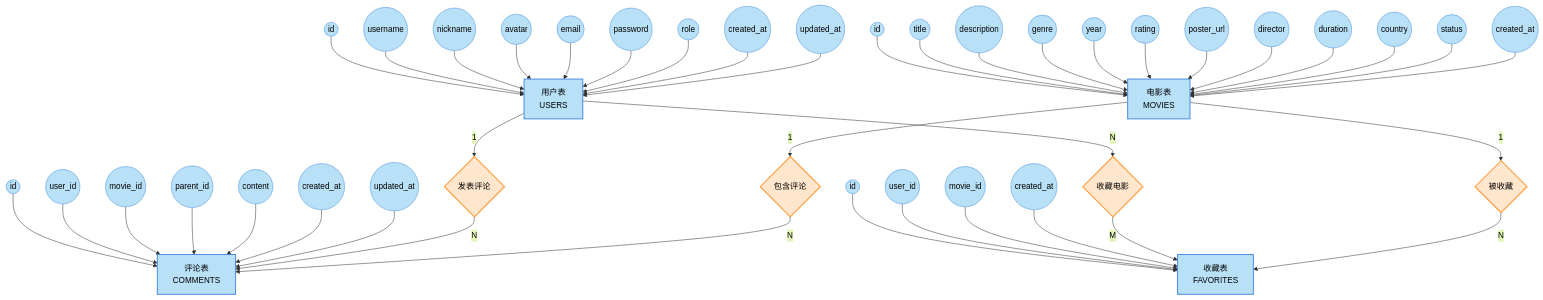
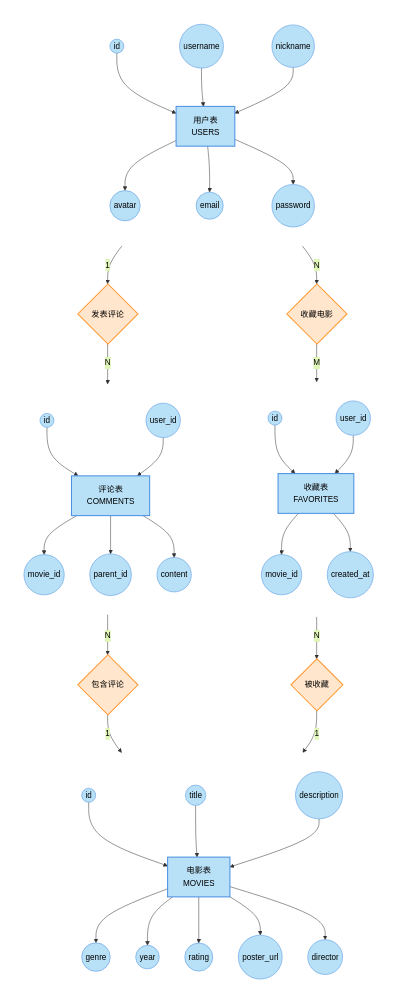
Before and after one commit to keyoshoin/movie-website: the fifth of 18 diagrams in docs/架构设计.md, drawn with Mermaid.

Commit message:
调整ER图布局：改为垂直方向显示，增加高度

````diff
--- a/docs/架构设计.md
+++ b/docs/架构设计.md
@@ -177,102 +177,92 @@
 ```mermaid
 %%{init: {'theme': 'base', 'themeVariables': { 'background': '#ffffff', 'primaryColor': '#B8E0F6', 'primaryTextColor': '#000000', 'primaryBorderColor': '#4A90E2', 'lineColor': '#333333', 'tertiaryColor': '#ffffff'}}}%%
-graph TB
-    %% 用户实体及属性
-    UserId((id))
-    UserName((username))
-    UserNickname((nickname))
-    UserAvatar((avatar))
-    UserEmail((email))
-    UserPassword((password))
-    UserRole((role))
-    UserCreated((created_at))
-    UserUpdated((updated_at))
+graph TD
+    %% 第一行：用户实体
+    subgraph UsersSection[" "]
+        direction TB
+        UserId((id))
+        UserName((username))
+        UserNickname((nickname))
+        Users[用户表<br/>USERS]
+        UserAvatar((avatar))
+        UserEmail((email))
+        UserPassword((password))
+        
+        UserId --> Users
+        UserName --> Users
+        UserNickname --> Users
+        Users --> UserAvatar
+        Users --> UserEmail
+        Users --> UserPassword
+    end
     
-    Users[用户表<br/>USERS]
+    %% 第二行：用户关系
+    Users -->|1| PublishRel{发表评论}
+    Users -->|N| FavoriteRel{收藏电影}
     
-    UserId --> Users
-    UserName --> Users
-    UserNickname --> Users
-    UserAvatar --> Users
-    UserEmail --> Users
-    UserPassword --> Users
-    UserRole --> Users
-    UserCreated --> Users
-    UserUpdated --> Users
+    %% 第三行：评论和收藏实体
+    subgraph CommentsSection[" "]
+        direction TB
+        CommentId((id))
+        CommentUserId((user_id))
+        Comments[评论表<br/>COMMENTS]
+        CommentMovieId((movie_id))
+        CommentParentId((parent_id))
+        CommentContent((content))
+        
+        CommentId --> Comments
+        CommentUserId --> Comments
+        Comments --> CommentMovieId
+        Comments --> CommentParentId
+        Comments --> CommentContent
+    end
     
-    %% 电影实体及属性
-    MovieId((id))
-    MovieTitle((title))
-    MovieDesc((description))
-    MovieGenre((genre))
-    MovieYear((year))
-    MovieRating((rating))
-    MoviePoster((poster_url))
-    MovieDirector((director))
-    MovieDuration((duration))
-    MovieCountry((country))
-    MovieStatus((status))
-    MovieCreated((created_at))
+    subgraph FavoritesSection[" "]
+        direction TB
+        FavId((id))
+        FavUserId((user_id))
+        Favorites[收藏表<br/>FAVORITES]
+        FavMovieId((movie_id))
+        FavCreated((created_at))
+        
+        FavId --> Favorites
+        FavUserId --> Favorites
+        Favorites --> FavMovieId
+        Favorites --> FavCreated
+    end
     
-    Movies[电影表<br/>MOVIES]
-    
-    MovieId --> Movies
-    MovieTitle --> Movies
-    MovieDesc --> Movies
-    MovieGenre --> Movies
-    MovieYear --> Movies
-    MovieRating --> Movies
-    MoviePoster --> Movies
-    MovieDirector --> Movies
-    MovieDuration --> Movies
-    MovieCountry --> Movies
-    MovieStatus --> Movies
-    MovieCreated --> Movies
-    
-    %% 评论实体及属性
-    CommentId((id))
-    CommentUserId((user_id))
-    CommentMovieId((movie_id))
-    CommentParentId((parent_id))
-    CommentContent((content))
-    CommentCreated((created_at))
-    CommentUpdated((updated_at))
-    
-    Comments[评论表<br/>COMMENTS]
-    
-    CommentId --> Comments
-    CommentUserId --> Comments
-    CommentMovieId --> Comments
-    CommentParentId --> Comments
-    CommentContent --> Comments
-    CommentCreated --> Comments
-    CommentUpdated --> Comments
-    
-    %% 收藏实体及属性
-    FavId((id))
-    FavUserId((user_id))
-    FavMovieId((movie_id))
-    FavCreated((created_at))
-    
-    Favorites[收藏表<br/>FAVORITES]
-    
-    FavId --> Favorites
-    FavUserId --> Favorites
-    FavMovieId --> Favorites
-    FavCreated --> Favorites
-    
-    %% 关系
-    Users -->|1| PublishRel{发表评论}
     PublishRel -->|N| Comments
-    
-    Movies -->|1| HasCommentRel{包含评论}
-    HasCommentRel -->|N| Comments
-    
-    Users -->|N| FavoriteRel{收藏电影}
     FavoriteRel -->|M| Favorites
     
-    Movies -->|1| IsFavoritedRel{被收藏}
-    IsFavoritedRel -->|N| Favorites
+    %% 第四行：电影关系
+    Comments -->|N| HasCommentRel{包含评论}
+    Favorites -->|N| IsFavoritedRel{被收藏}
+    
+    HasCommentRel -->|1| Movies
+    IsFavoritedRel -->|1| Movies
+    
+    %% 第五行：电影实体
+    subgraph MoviesSection[" "]
+        direction TB
+        MovieId((id))
+        MovieTitle((title))
+        MovieDesc((description))
+        Movies[电影表<br/>MOVIES]
+        MovieGenre((genre))
+        MovieYear((year))
+        MovieRating((rating))
+        MoviePoster((poster_url))
+        MovieDirector((director))
+        
+        MovieId --> Movies
+        MovieTitle --> Movies
+        MovieDesc --> Movies
+        Movies --> MovieGenre
+        Movies --> MovieYear
+        Movies --> MovieRating
+        Movies --> MoviePoster
+        Movies --> MovieDirector
+    end
     
     style Users fill:#B8E0F6,stroke:#4A90E2,stroke-width:2px,color:#000000
     style Movies fill:#B8E0F6,stroke:#4A90E2,stroke-width:2px,color:#000000
@@ -283,4 +273,9 @@
     style HasCommentRel fill:#FFE6CC,stroke:#FF9933,stroke-width:2px,color:#000000
     style FavoriteRel fill:#FFE6CC,stroke:#FF9933,stroke-width:2px,color:#000000
     style IsFavoritedRel fill:#FFE6CC,stroke:#FF9933,stroke-width:2px,color:#000000
+    
+    style UsersSection fill:none,stroke:none
+    style CommentsSection fill:none,stroke:none
+    style FavoritesSection fill:none,stroke:none
+    style MoviesSection fill:none,stroke:none
 ```
````
